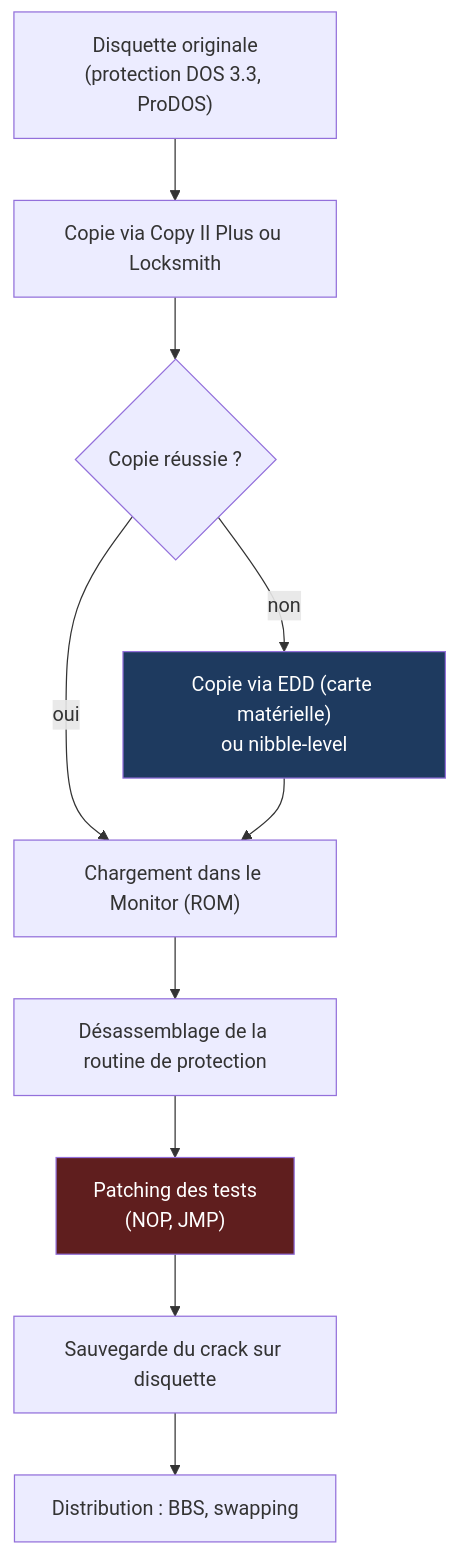
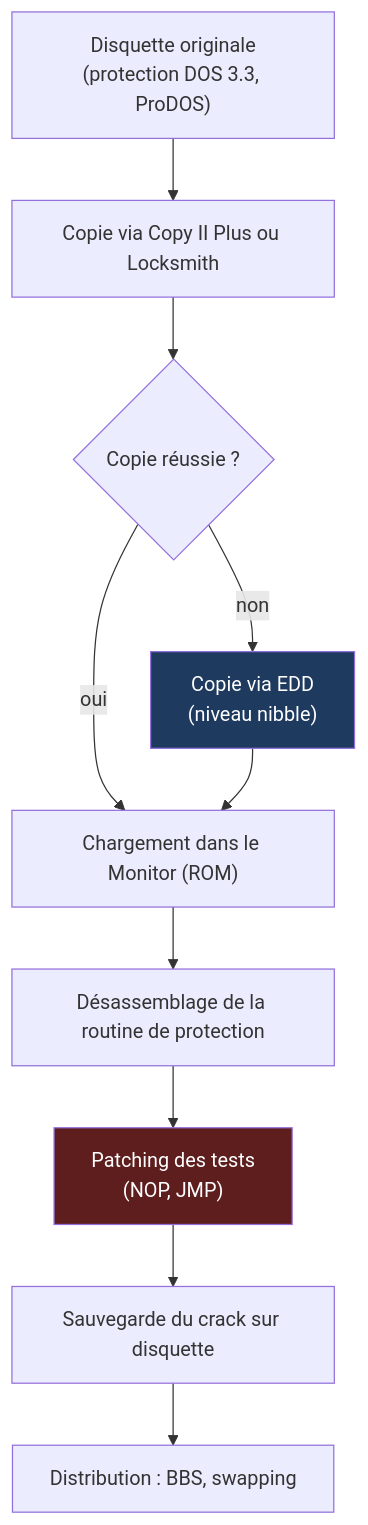
One commit to V-Demon/0xEA0xEA changed the eighth of 14 diagrams in Softs.md. Above: the diagram before and after it, drawn with Mermaid. The commit also changed other lines of this file, not shown here.

````diff
--- a/Softs.md
+++ b/Softs.md
@@ -1141,14 +1136,14 @@
 ```mermaid
 flowchart TD
     A["Disquette originale<br/>(protection DOS 3.3, ProDOS)"] --> B["Copie via Copy II Plus ou Locksmith"]
     B --> C{"Copie réussie ?"}
-    C -->|"non"| D["Copie via EDD (carte matérielle)<br/>ou nibble-level"]
+    C -->|"non"| D["Copie via EDD<br/>(niveau nibble)"]
     C -->|"oui"| E["Chargement dans le Monitor (ROM)"]
     D --> E
     E --> F["Désassemblage de la routine de protection"]
     F --> G["Patching des tests<br/>(NOP, JMP)"]
     G --> H["Sauvegarde du crack sur disquette"]
     H --> I["Distribution : BBS, swapping"]
     style D fill:#1e3a5f,color:#fff
     style G fill:#5f1e1e,color:#fff
 ```
````
